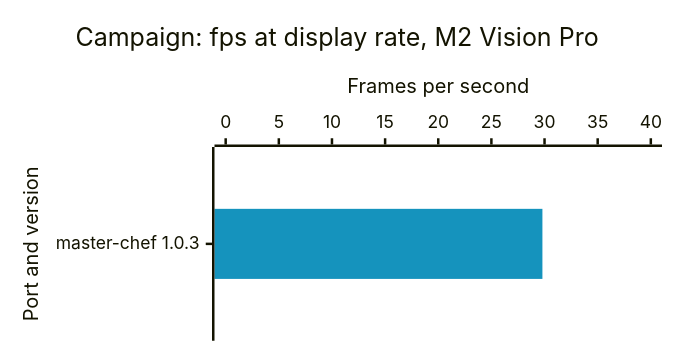
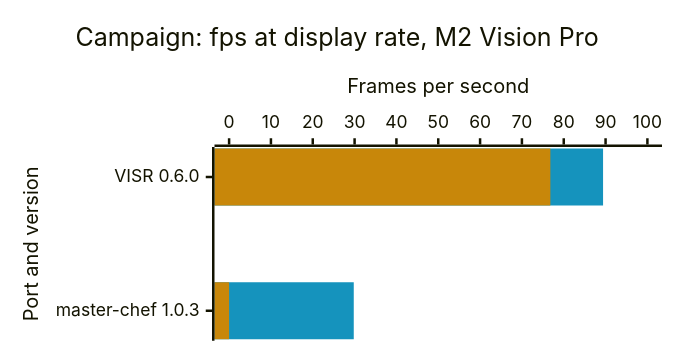
Before and after one commit to steverice/halo-ce-ios: the third of 3 diagrams in docs/benchmarks.md, drawn with Mermaid. The commit also changed other lines of this file and 16 other files, not shown here.

````diff
--- a/docs/benchmarks.md
+++ b/docs/benchmarks.md
@@ -57,16 +77,17 @@
 ```mermaid
 ---
 config:
   xyChart:
     width: 520
     height: 263
   themeVariables:
     xyChart:
       plotColorPalette: "#1593bd, #c8870a"
 ---
 xychart-beta horizontal
     title "Campaign: fps at display rate, M2 Vision Pro"
-    x-axis "Port and version" ["master-chef 1.0.3"]
-    y-axis "Frames per second" 0 --> 40
-    bar [29.8]
+    x-axis "Port and version" ["VISR 0.6.0", "master-chef 1.0.3"]
+    y-axis "Frames per second" 0 --> 100
+    bar [89.4, 29.8]
+    bar [76.8, 0]
 ```
````
